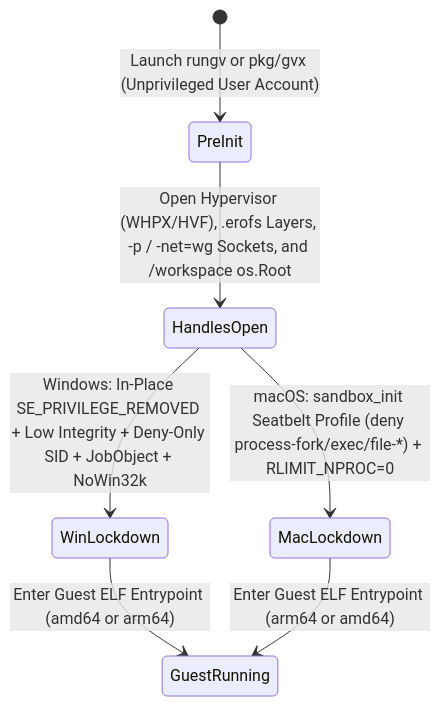
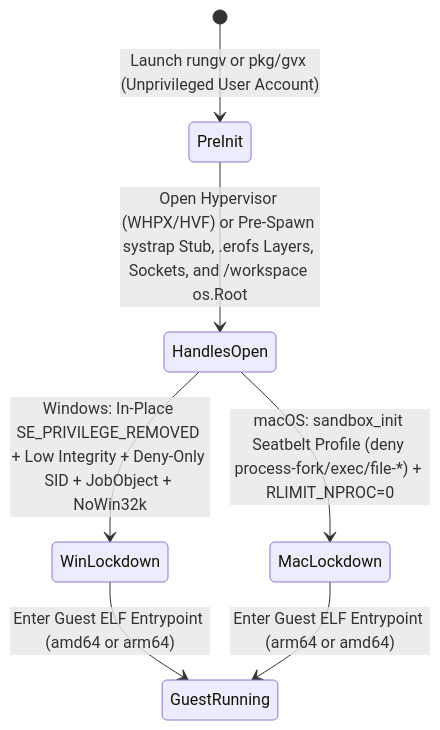
Before and after one commit to antegral/containerd-shim-gvx: the seventh of 7 diagrams in docs/architecture.md, drawn with Mermaid. The commit also changed other lines of this file and 3 other files, not shown here.

````diff
--- a/docs/architecture.md
+++ b/docs/architecture.md
@@ -366,9 +417,9 @@
 ```mermaid
 stateDiagram-v2
     [*] --> PreInit: Launch rungv or pkg/gvx (Unprivileged User Account)
-    PreInit --> HandlesOpen: Open Hypervisor (WHPX/HVF), .erofs Layers, -p / -net=wg Sockets, and /workspace os.Root
+    PreInit --> HandlesOpen: Open Hypervisor (WHPX/HVF) or Pre-Spawn systrap Stub, .erofs Layers, Sockets, and /workspace os.Root
     HandlesOpen --> WinLockdown: Windows: In-Place SE_PRIVILEGE_REMOVED + Low Integrity + Deny-Only SID + JobObject + NoWin32k
     HandlesOpen --> MacLockdown: macOS: sandbox_init Seatbelt Profile (deny process-fork/exec/file-*) + RLIMIT_NPROC=0
     WinLockdown --> GuestRunning: Enter Guest ELF Entrypoint (amd64 or arm64)
     MacLockdown --> GuestRunning: Enter Guest ELF Entrypoint (arm64 or amd64)
 ```
````
